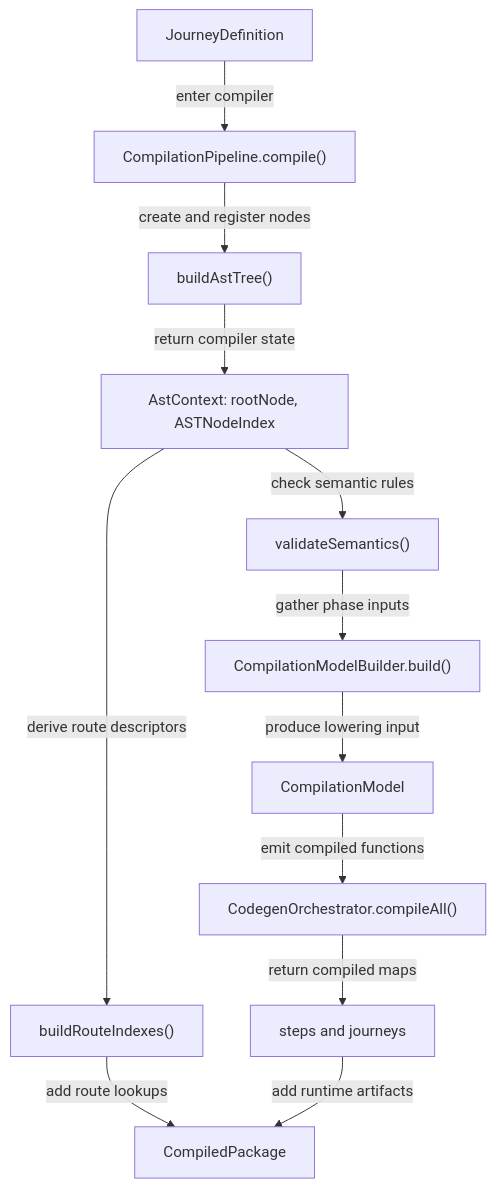
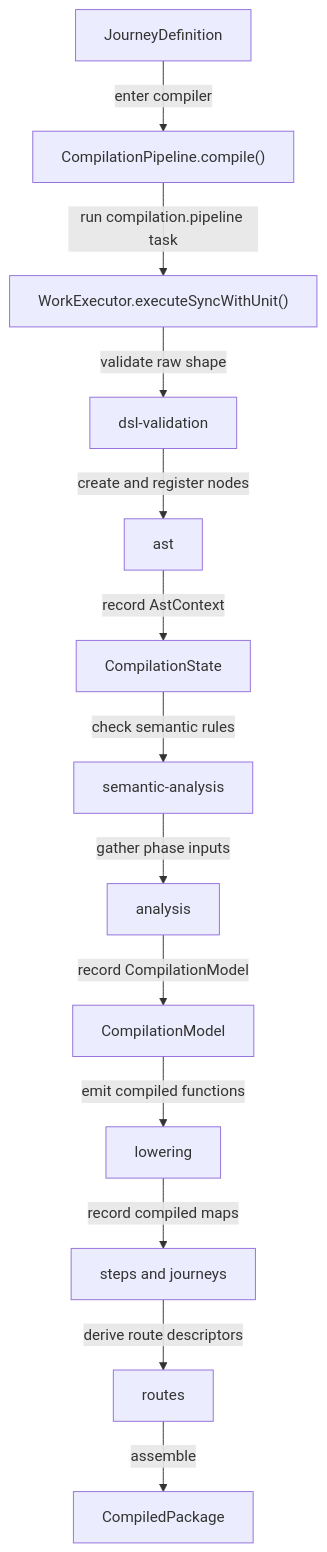
Before and after one commit to ministryofjustice/hmpps-forge: the first of 2 diagrams in packages/forge-core/src/engine/compilation/README.md, drawn with Mermaid. The commit also changed other lines of this file and 170 other files, not shown here.

Commit message:
Unify tracing and execution of work across compilation and runtime

````diff
--- a/packages/forge-core/src/engine/compilation/README.md
+++ b/packages/forge-core/src/engine/compilation/README.md
@@ -80,14 +84,15 @@
 ```mermaid
 flowchart TD
   journeyDefinition["JourneyDefinition"] -->|enter compiler| pipeline["CompilationPipeline.compile()"]
-  pipeline -->|create and register nodes| ast["buildAstTree()"]
-  ast -->|return compiler state| astContext["AstContext: rootNode, ASTNodeIndex"]
-  astContext -->|check semantic rules| semantics["validateSemantics()"]
-  semantics -->|gather phase inputs| dependency["CompilationModelBuilder.build()"]
-  dependency -->|produce lowering input| plan["CompilationModel"]
-  plan -->|emit compiled functions| lowering["CodegenOrchestrator.compileAll()"]
-  lowering -->|return compiled maps| compiledMaps["steps and journeys"]
-  astContext -->|derive route descriptors| routes["buildRouteIndexes()"]
-  routes -->|add route lookups| result["CompiledPackage"]
-  compiledMaps -->|add runtime artifacts| result
+  pipeline -->|"run compilation.pipeline task"| executor["WorkExecutor.executeSyncWithUnit()"]
+  executor -->|validate raw shape| dslValidation["dsl-validation"]
+  dslValidation -->|create and register nodes| ast["ast"]
+  ast -->|record AstContext| state["CompilationState"]
+  state -->|check semantic rules| semantics["semantic-analysis"]
+  semantics -->|gather phase inputs| dependency["analysis"]
+  dependency -->|record CompilationModel| plan["CompilationModel"]
+  plan -->|emit compiled functions| lowering["lowering"]
+  lowering -->|record compiled maps| compiledMaps["steps and journeys"]
+  compiledMaps -->|derive route descriptors| routes["routes"]
+  routes -->|assemble| result["CompiledPackage"]
 ```
````
